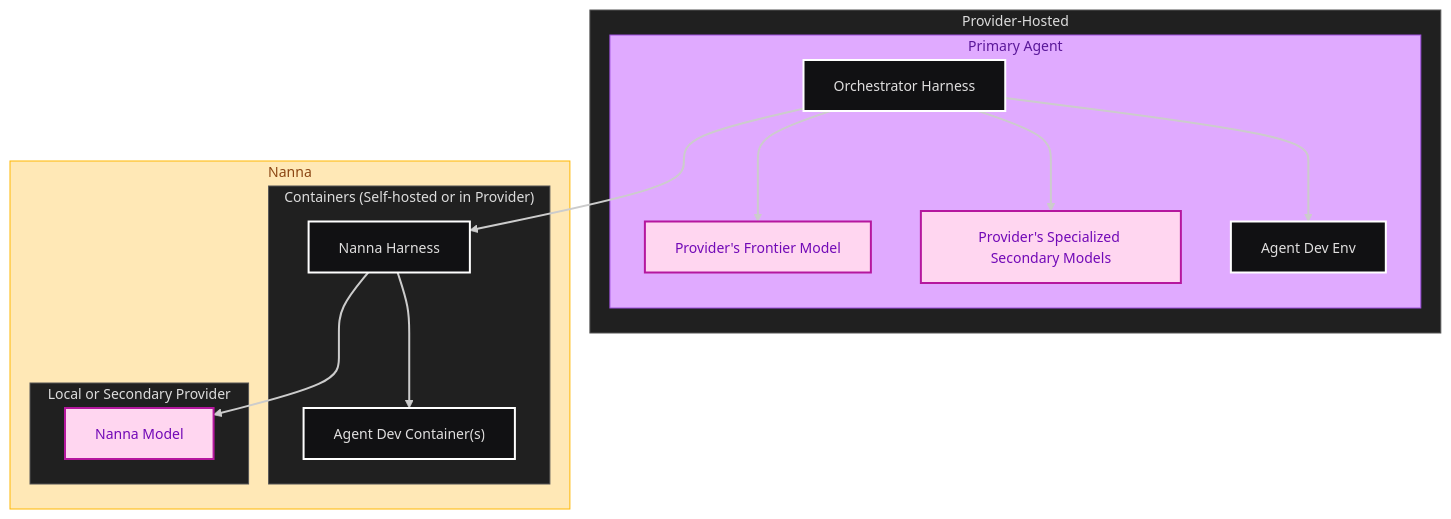
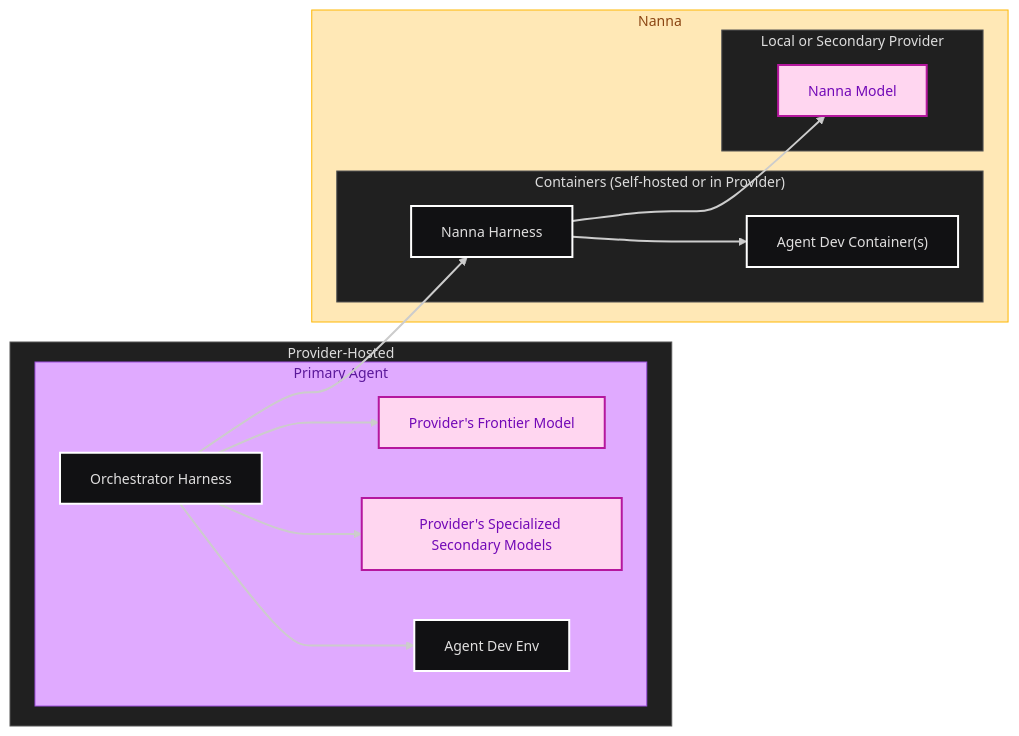
The first of 3 diagrams in ARCHITECTURE.md (DominicBurkart/nanna-coder), drawn with Mermaid before and after one commit.

Commit message:
fix system architecture diagram layout (provider left, nanna right)
Switch flowchart direction from TD to LR so provider-hosted components
appear on the left and nanna components on the right, as requested in #159.

https://claude.ai/code/session_011wZpuaQGCues6apwVW7cRA

````diff
--- a/ARCHITECTURE.md
+++ b/ARCHITECTURE.md
@@ -7,50 +7,50 @@
 ```mermaid
 ---
 config:
   theme: redux-dark
   layout: dagre
 ---
-flowchart TD
+flowchart LR
     %% Provider side
     subgraph ProviderHosted["Provider-Hosted"]
         subgraph ProviderAgent["Primary Agent"]
             OrchestratorHarness["Orchestrator Harness"]
             OrchestratorModel["Provider's Frontier Model"]
             OrchestratorSecondaryModel["Provider's Specialized Secondary Models"]
             OrchestratorHarness --> OrchestratorModel
             OrchestratorHarness --> OrchestratorSecondaryModel
             ProviderDevEnv["Agent Dev Env"]
         end
         OrchestratorHarness --> ProviderDevEnv
     end
 
     %% Nanna side (Self-hosted or in Provider)
     subgraph Nanna["Nanna"]
         subgraph NannaDev["Containers (Self-hosted or in Provider)"]
             NannaHarness["Nanna Harness"]
             NannaDevEnv["Agent Dev Container(s)"]
             NannaHarness --> NannaDevEnv
         end
         subgraph GatewayHosted["Local or Secondary Provider"]
             NannaModel["Nanna Model"]
         end
     end
 
     %% Optional external model provider for Nanna
     NannaHarness --> NannaModel
 
     %% Connections between orchestration layers
     OrchestratorHarness --> NannaHarness
 
     %% Classes
     classDef area fill:#202020,stroke:#555,stroke-width:1px,color:#DDD
     classDef orchestrator stroke:#9D4EDD,fill:#E0AAFF,color:#5A189A
     classDef subagent stroke:#46EDC8,fill:#DEFFF8,color:#378E7A
     classDef nanna stroke:#FFB703,fill:#FFE8B6,color:#8B4513
     classDef model stroke:#B5179E,fill:#FFD6F0,color:#7209B7
 
     class ProviderHosted,NannaDev,GatewayHosted area
     class ProviderAgent orchestrator
     class Nanna nanna
     class NannaModel,OrchestratorModel,OrchestratorSecondaryModel model
 ```
````
